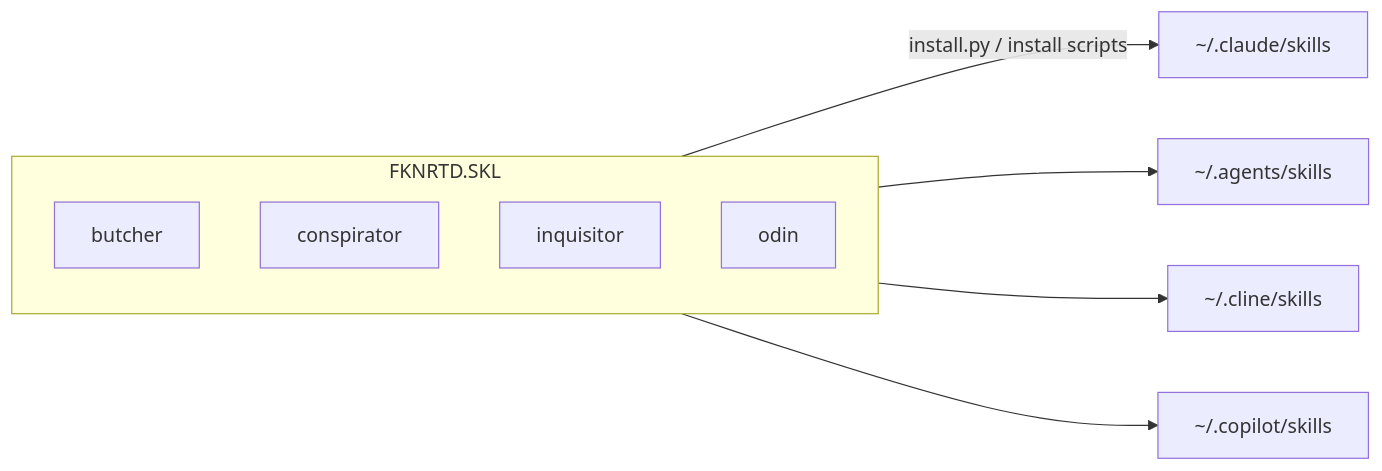
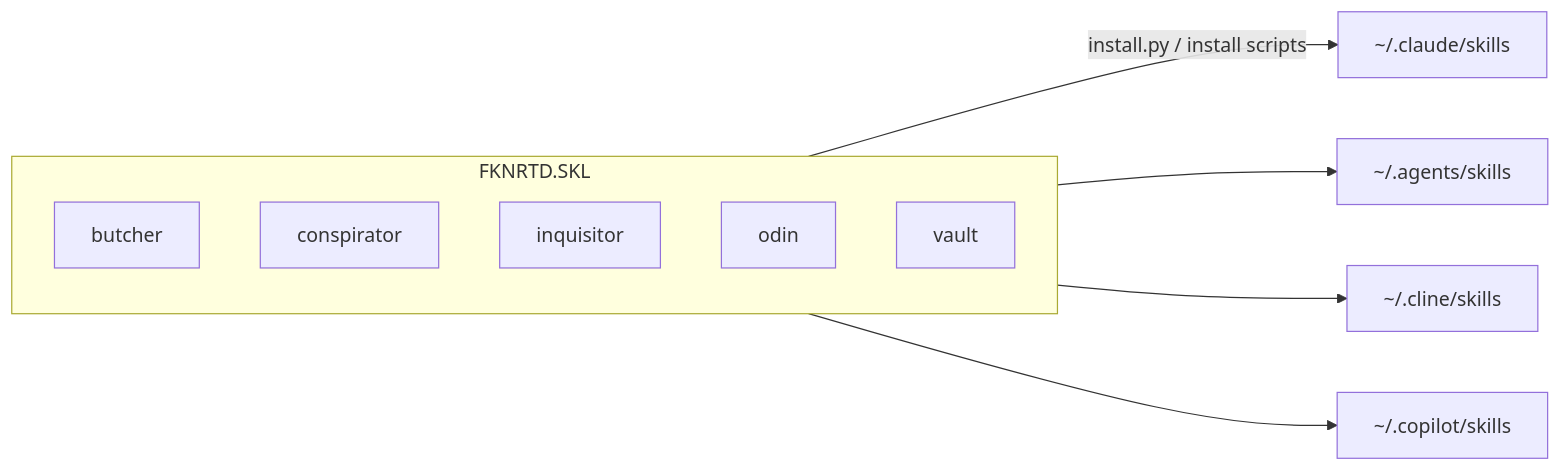
The diagram in README.md (nullcromancer/FKNRTD.SKL), drawn with Mermaid before and after one commit. The commit also changed other lines of this file and 11 other files, not shown here.

````diff
--- a/README.md
+++ b/README.md
@@ -70,13 +72,14 @@
 ```mermaid
 flowchart LR
   subgraph repo[FKNRTD.SKL]
     B[butcher]
     C[conspirator]
     I[inquisitor]
     O[odin]
+    V[vault]
   end
   repo -->|install.py / install scripts| S1[~/.claude/skills]
   repo --> S2[~/.agents/skills]
   repo --> S3[~/.cline/skills]
   repo --> S4[~/.copilot/skills]
 ```
````
